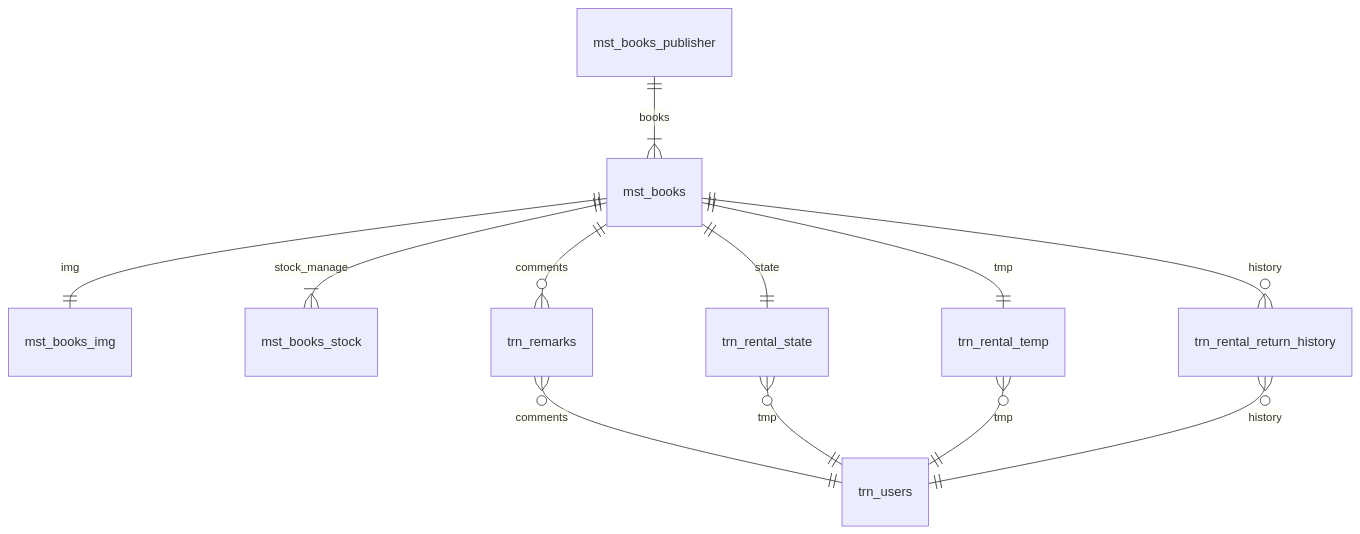
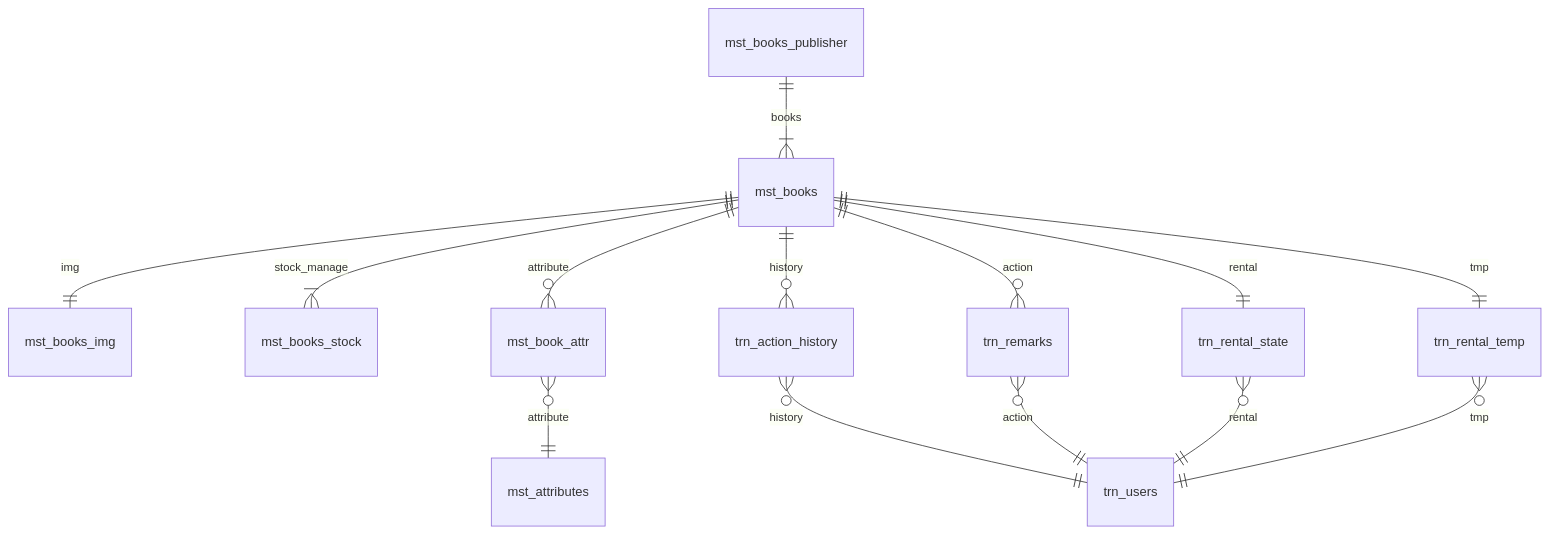
Before and after one commit to serna37/library-alh: the diagram in README.md, drawn with Mermaid. The commit also changed 3 other files, not shown here.

Commit message:
Update DDL ER

````diff
--- a/README.md
+++ b/README.md
@@ -81,20 +81,23 @@
 ```mermaid
 ---
 Titile: library
 ---
 erDiagram
     %% books
     mst_books ||--|| mst_books_img : img
     mst_books ||--|{ mst_books_stock : stock_manage
+    mst_books ||--o{ mst_book_attr : attribute
+    mst_book_attr }o--|| mst_attributes : attribute
     mst_books_publisher ||--|{ mst_books : books
-    %% actions
-    mst_books ||--o{ trn_remarks : comments
-    trn_remarks }o--|| trn_users : comments
+    %% history
+    mst_books ||--o{ trn_action_history  : history
+    trn_action_history }o--|| trn_users : history
+    %% action
+    mst_books ||--o{ trn_remarks : action
+    trn_remarks }o--|| trn_users : action
     %% rental
-    mst_books ||--|| trn_rental_state : state
+    mst_books ||--|| trn_rental_state : rental
+    trn_rental_state }o--|| trn_users : rental
     mst_books ||--|| trn_rental_temp : tmp
-    mst_books ||--o{ trn_rental_return_history  : history
-    trn_rental_state }o--|| trn_users : tmp
     trn_rental_temp }o--|| trn_users : tmp
-    trn_rental_return_history }o--|| trn_users : history
 ```
````
